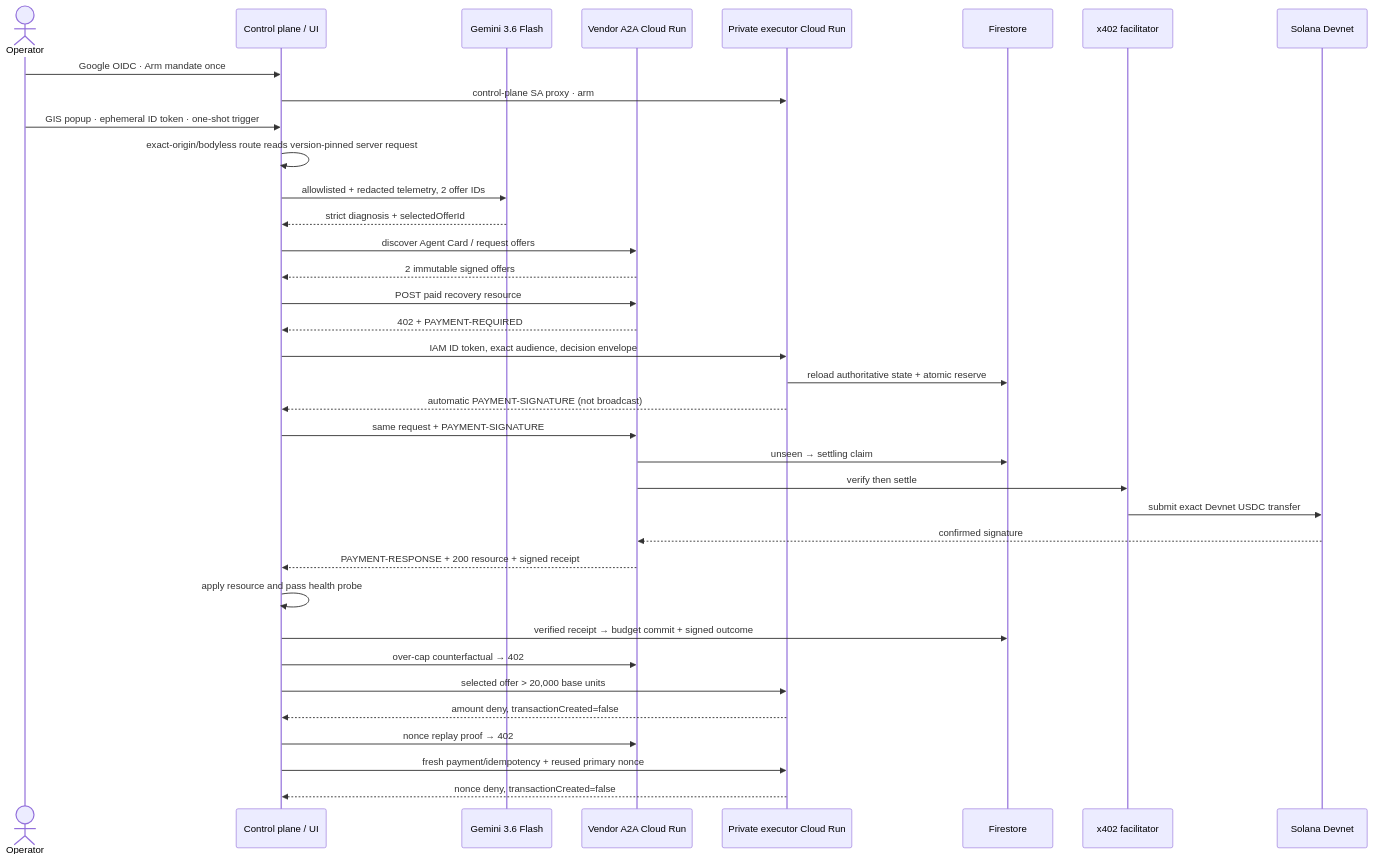
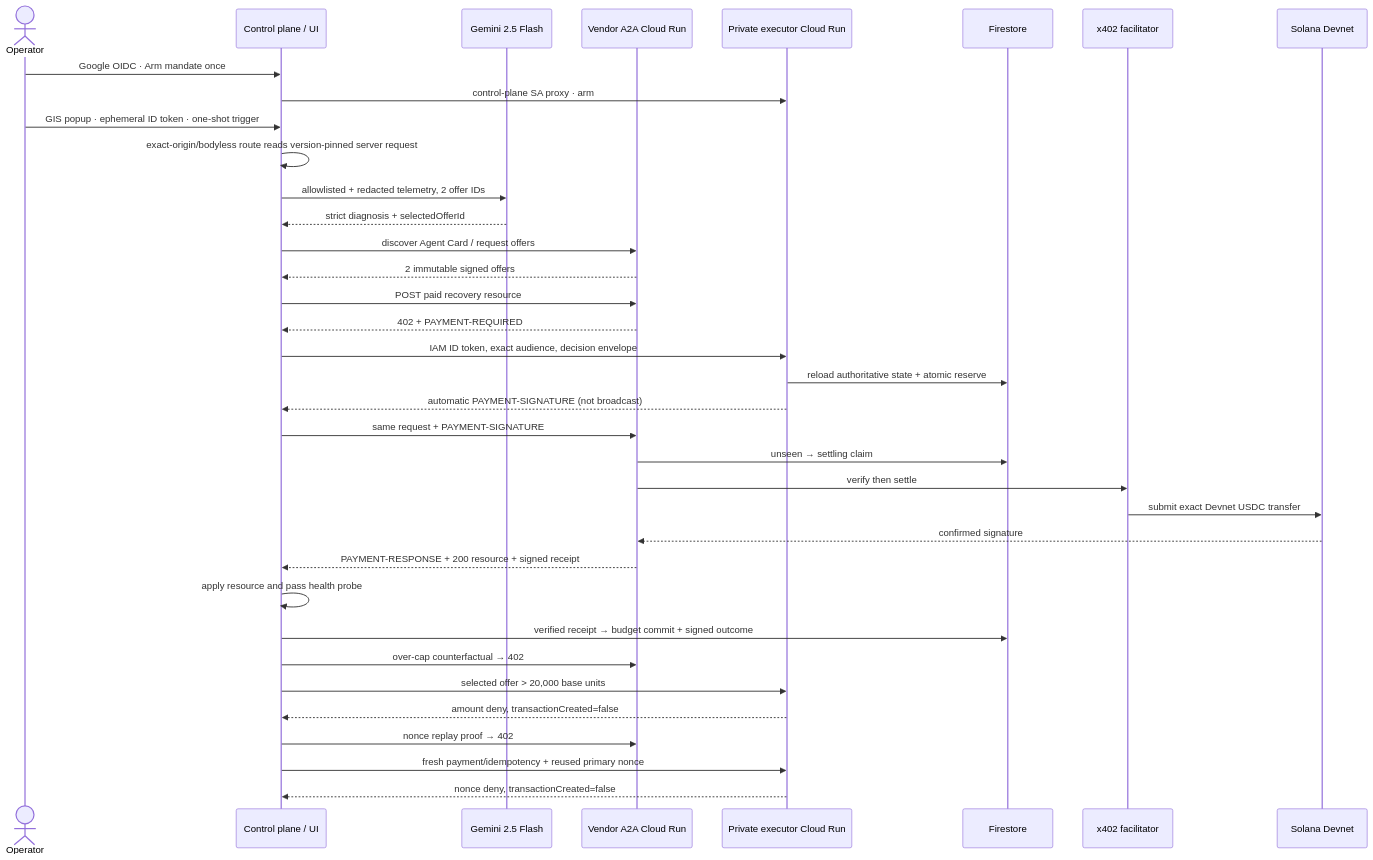
Before and after one commit to kwakhyun/uptime402-agentic-commerce: the second of 4 diagrams in docs/ARCHITECTURE.md, drawn with Mermaid. The commit also changed other lines of this file and 73 other files, not shown here.

````diff
--- a/docs/ARCHITECTURE.md
+++ b/docs/ARCHITECTURE.md
@@ -29,39 +29,39 @@
 ```mermaid
 sequenceDiagram
     actor Operator
     participant UI as Control plane / UI
-    participant Gemini as Gemini 3.6 Flash
+    participant Gemini as Gemini 2.5 Flash
     participant Vendor as Vendor A2A Cloud Run
     participant Executor as Private executor Cloud Run
     participant Store as Firestore
     participant Facilitator as x402 facilitator
     participant Solana as Solana Devnet
 
     Operator->>UI: Google OIDC · Arm mandate once
     UI->>Executor: control-plane SA proxy · arm
     Operator->>UI: GIS popup · ephemeral ID token · one-shot trigger
     UI->>UI: exact-origin/bodyless route reads version-pinned server request
     UI->>Gemini: allowlisted + redacted telemetry, 2 offer IDs
     Gemini-->>UI: strict diagnosis + selectedOfferId
     UI->>Vendor: discover Agent Card / request offers
     Vendor-->>UI: 2 immutable signed offers
     UI->>Vendor: POST paid recovery resource
     Vendor-->>UI: 402 + PAYMENT-REQUIRED
     UI->>Executor: IAM ID token, exact audience, decision envelope
     Executor->>Store: reload authoritative state + atomic reserve
     Executor-->>UI: automatic PAYMENT-SIGNATURE (not broadcast)
     UI->>Vendor: same request + PAYMENT-SIGNATURE
     Vendor->>Store: unseen → settling claim
     Vendor->>Facilitator: verify then settle
     Facilitator->>Solana: submit exact Devnet USDC transfer
     Solana-->>Vendor: confirmed signature
     Vendor-->>UI: PAYMENT-RESPONSE + 200 resource + signed receipt
     UI->>UI: apply resource and pass health probe
     UI->>Store: verified receipt → budget commit + signed outcome
     UI->>Vendor: over-cap counterfactual → 402
     UI->>Executor: selected offer > 20,000 base units
     Executor-->>UI: amount deny, transactionCreated=false
     UI->>Vendor: nonce replay proof → 402
     UI->>Executor: fresh payment/idempotency + reused primary nonce
     Executor-->>UI: nonce deny, transactionCreated=false
 ```
````
